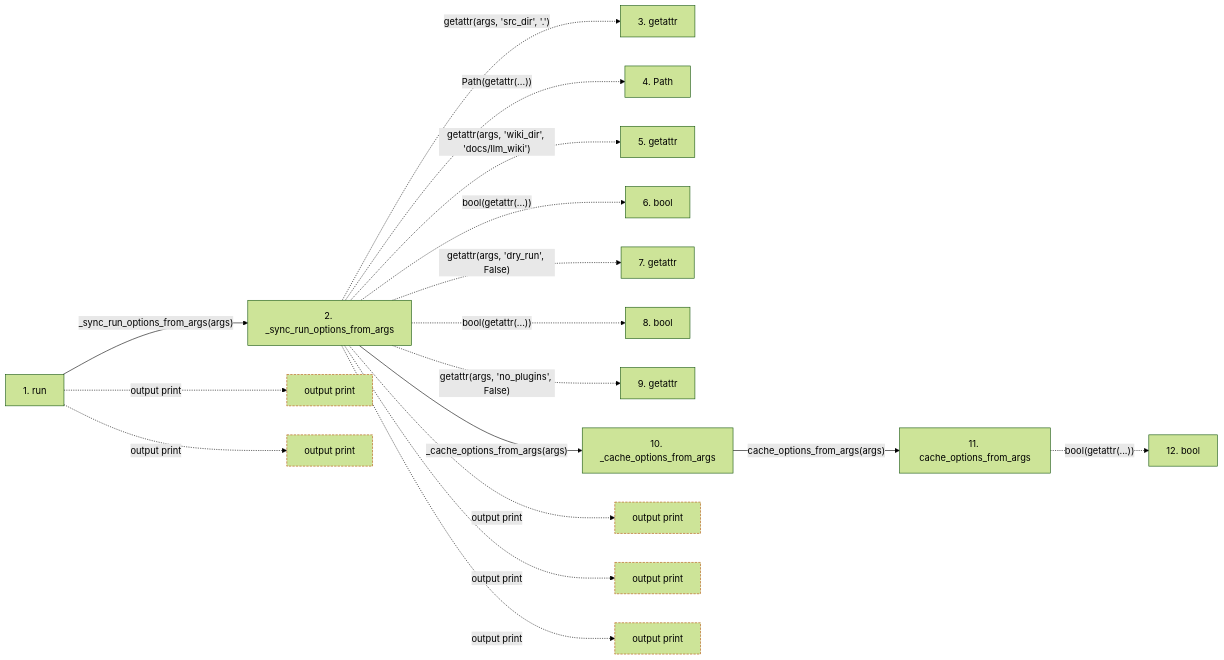
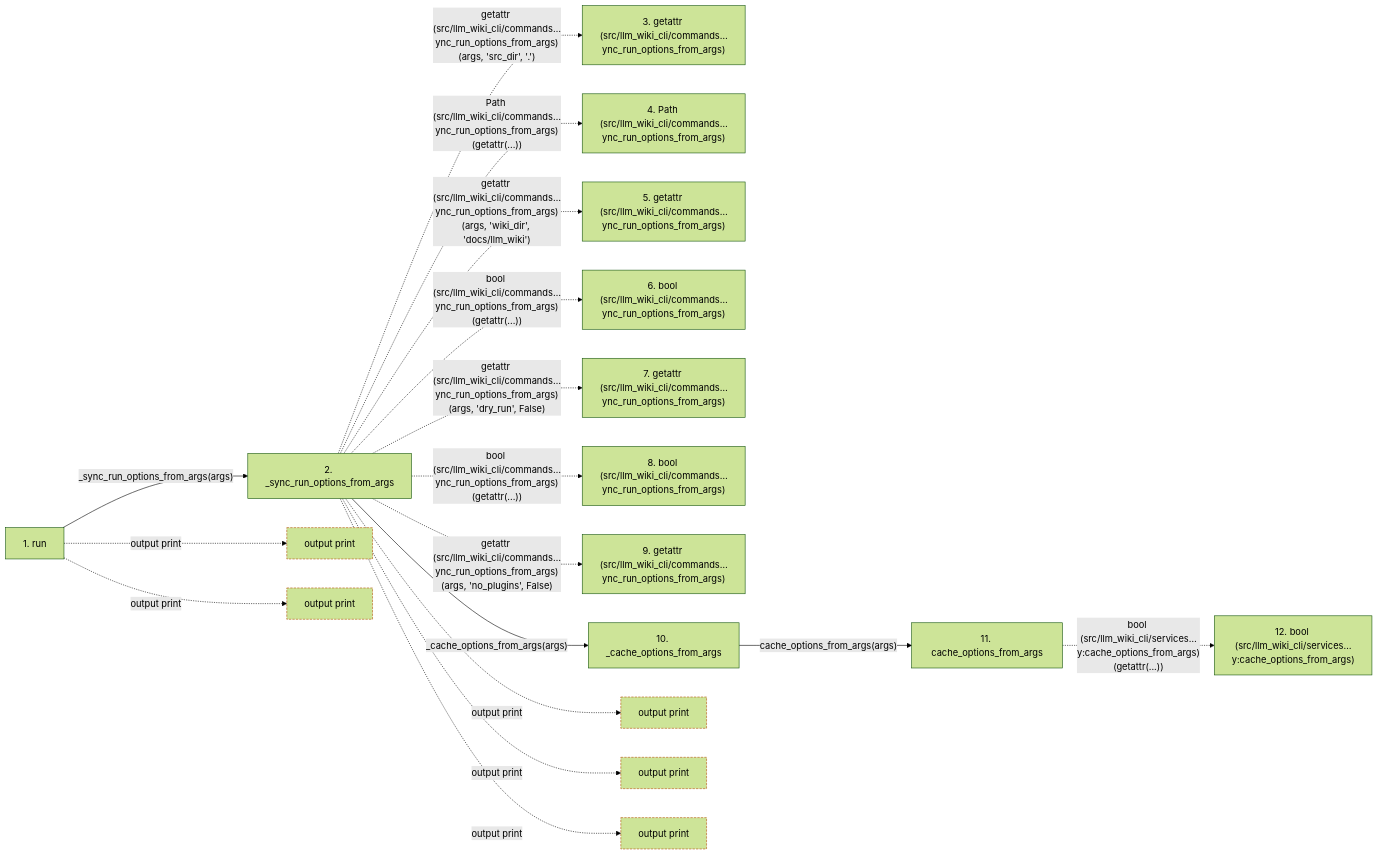
One commit to Denissvgn/python-wiki-llm changed the second of 2 diagrams in docs/llm_wiki/flows/cli-sync.md. Above: the diagram before and after it, drawn with Mermaid (forest theme). The commit also changed other lines of this file and 719 other files, not shown here.

````diff
--- a/docs/llm_wiki/flows/cli-sync.md
+++ b/docs/llm_wiki/flows/cli-sync.md
@@ -117,46 +122,46 @@
 ```mermaid
 flowchart LR
     s1["1. run"]
     s2["2. _sync_run_options_from_args"]
-    s3["3. getattr"]
-    s4["4. Path"]
-    s5["5. getattr"]
-    s6["6. bool"]
-    s7["7. getattr"]
-    s8["8. bool"]
-    s9["9. getattr"]
+    s3["3. getattr (src/llm_wiki_cli/commands…ync_run_options_from_args)"]
+    s4["4. Path (src/llm_wiki_cli/commands…ync_run_options_from_args)"]
+    s5["5. getattr (src/llm_wiki_cli/commands…ync_run_options_from_args)"]
+    s6["6. bool (src/llm_wiki_cli/commands…ync_run_options_from_args)"]
+    s7["7. getattr (src/llm_wiki_cli/commands…ync_run_options_from_args)"]
+    s8["8. bool (src/llm_wiki_cli/commands…ync_run_options_from_args)"]
+    s9["9. getattr (src/llm_wiki_cli/commands…ync_run_options_from_args)"]
     s10["10. _cache_options_from_args"]
     s11["11. cache_options_from_args"]
-    s12["12. bool"]
+    s12["12. bool (src/llm_wiki_cli/services…y:cache_options_from_args)"]
     s1 -->|"_sync_run_options_from_args(args)"| s2
-    s2 -. "getattr(args, 'src_dir', '.')" .-> s3
-    s2 -. "Path(getattr(...))" .-> s4
-    s2 -. "getattr(args, 'wiki_dir', 'docs/llm_wiki')" .-> s5
-    s2 -. "bool(getattr(...))" .-> s6
-    s2 -. "getattr(args, 'dry_run', False)" .-> s7
-    s2 -. "bool(getattr(...))" .-> s8
-    s2 -. "getattr(args, 'no_plugins', False)" .-> s9
+    s2 -. "getattr (src/llm_wiki_cli/commands…ync_run_options_from_args)(args, 'src_dir', '.')" .-> s3
+    s2 -. "Path (src/llm_wiki_cli/commands…ync_run_options_from_args)(getattr(...))" .-> s4
+    s2 -. "getattr (src/llm_wiki_cli/commands…ync_run_options_from_args)(args, 'wiki_dir', 'docs/llm_wiki')" .-> s5
+    s2 -. "bool (src/llm_wiki_cli/commands…ync_run_options_from_args)(getattr(...))" .-> s6
+    s2 -. "getattr (src/llm_wiki_cli/commands…ync_run_options_from_args)(args, 'dry_run', False)" .-> s7
+    s2 -. "bool (src/llm_wiki_cli/commands…ync_run_options_from_args)(getattr(...))" .-> s8
+    s2 -. "getattr (src/llm_wiki_cli/commands…ync_run_options_from_args)(args, 'no_plugins', False)" .-> s9
     s2 -->|"_cache_options_from_args(args)"| s10
     s10 -->|"cache_options_from_args(args)"| s11
-    s11 -. "bool(getattr(...))" .-> s12
+    s11 -. "bool (src/llm_wiki_cli/services…y:cache_options_from_args)(getattr(...))" .-> s12
     b0["output print"]
     s1 -. "output print" .-> b0
     b1["output print"]
     s1 -. "output print" .-> b1
     b2["output print"]
     s2 -. "output print" .-> b2
     b3["output print"]
     s2 -. "output print" .-> b3
     b4["output print"]
     s2 -. "output print" .-> b4
     click s1 "../modules/sync_cmd.md"
     click s2 "../modules/sync_cmd.md"
     click s10 "../modules/sync_cmd.md"
     click s11 "../modules/inventory_cache.md"
     classDef boundary stroke:#b45309,stroke-dasharray: 4 2
     class b0 boundary
     class b1 boundary
     class b2 boundary
     class b3 boundary
     class b4 boundary
 ```
````
